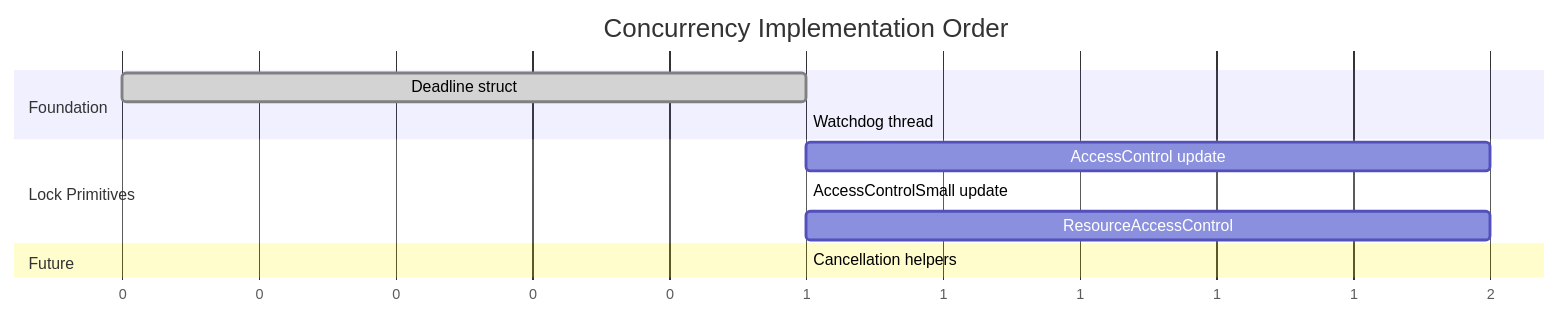
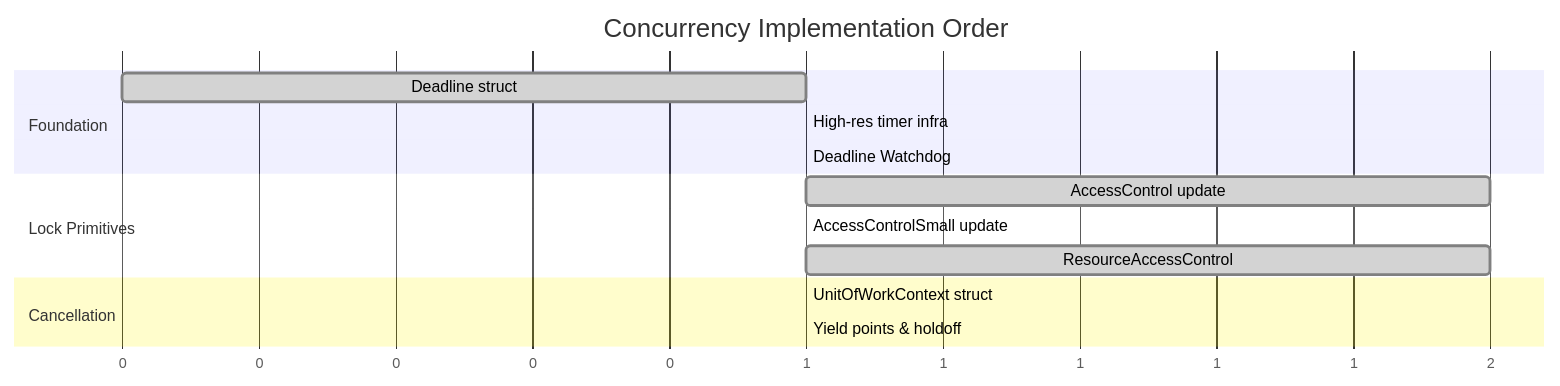
The diagram in claude/overview/01-concurrency.md (nockawa/Typhon), drawn with Mermaid before and after one commit. The commit also changed other lines of this file and 8 other files, not shown here.

````diff
--- a/claude/overview/01-concurrency.md
+++ b/claude/overview/01-concurrency.md
@@ -588,18 +672,20 @@
 ```mermaid
 gantt
     title Concurrency Implementation Order
     dateFormat X
     axisFormat %s
 
     section Foundation
     Deadline struct           :done, d1, 0, 1
-    Watchdog thread          :d2, after d1, 1
+    High-res timer infra     :done, d2, after d1, 1
+    Deadline Watchdog         :done, d3, after d2, 1
 
     section Lock Primitives
-    AccessControl update  :d3, after d2, 2
-    AccessControlSmall update :d4, after d2, 1
-    ResourceAccessControl    :d5, after d2, 2
+    AccessControl update  :done, d4, after d3, 2
+    AccessControlSmall update :done, d5, after d3, 1
+    ResourceAccessControl    :done, d6, after d3, 2
 
-    section Future
-    Cancellation helpers     :d6, after d5, 1
+    section Cancellation
+    UnitOfWorkContext struct  :done, d7, after d6, 1
+    Yield points & holdoff   :done, d8, after d7, 1
 ```
````
